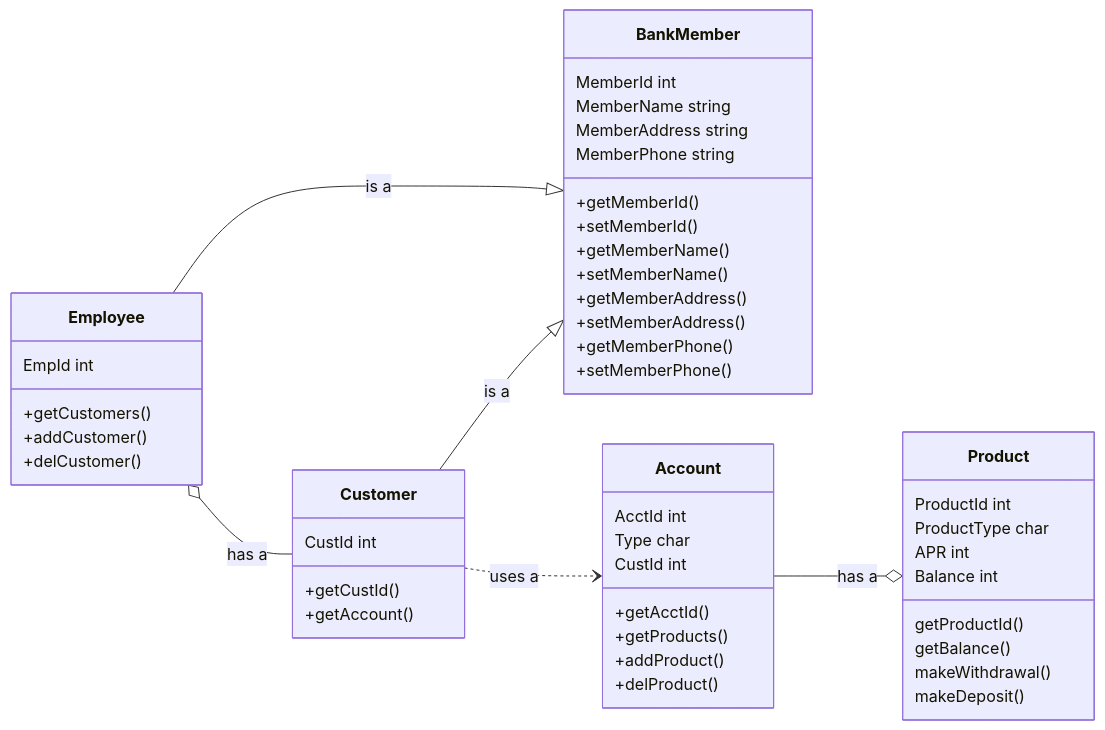
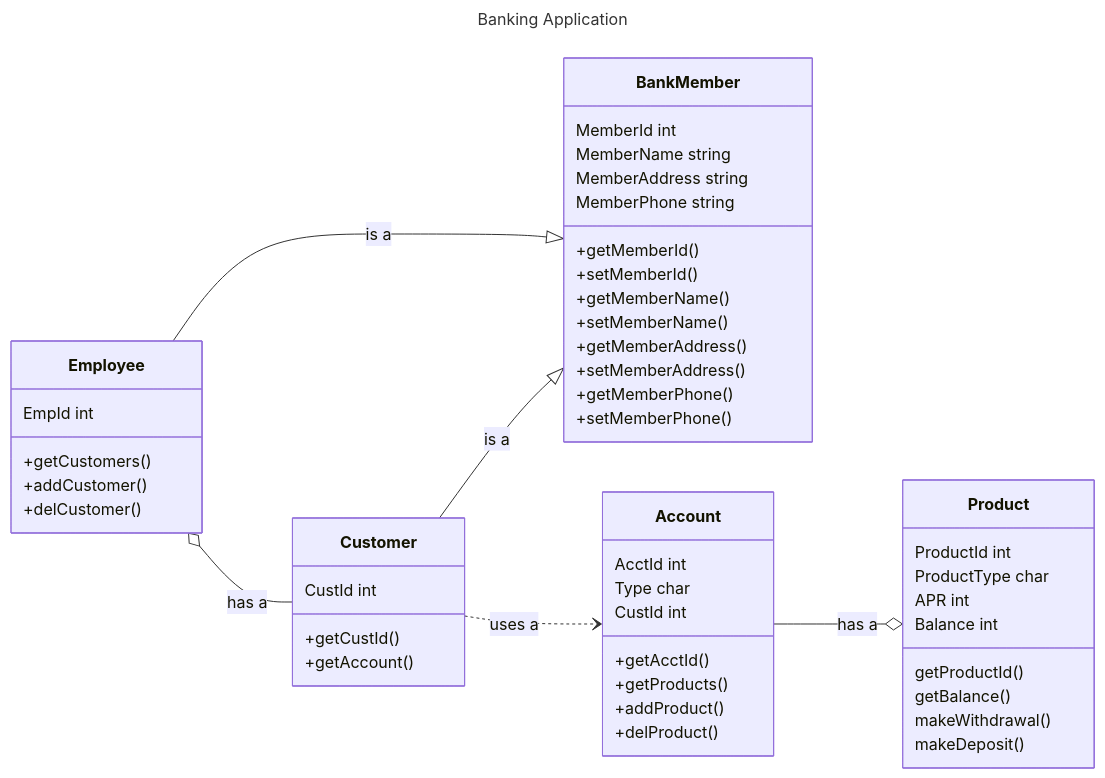
Before and after one commit to Marcus-Snell/Test: the diagram in mermaid.md, drawn with Mermaid.

````diff
--- a/mermaid.md
+++ b/mermaid.md
@@ -1,49 +1,52 @@
 ```mermaid
+---
+title: Banking Application
+---
 classDiagram
 direction LR
 BankMember
 BankMember : MemberId int
 BankMember : MemberName string
 BankMember : MemberAddress string
 BankMember : MemberPhone string
 BankMember : +getMemberId()
 BankMember : +setMemberId()
 BankMember : +getMemberName()
 BankMember : +setMemberName()
 BankMember : +getMemberAddress()
 BankMember : +setMemberAddress()
 BankMember : +getMemberPhone()
 BankMember : +setMemberPhone()
 
 Employee --|> BankMember : is a
 Employee o-- Customer : has a
 Employee : EmpId int
 Employee : +getCustomers()
 Employee : +addCustomer()
 Employee : +delCustomer()
 
 Customer --|> BankMember : is a
 Customer ..> Account : uses a
 Customer : CustId int
 Customer : +getCustId()
 Customer : +getAccount()
 
 Account --o Product : has a
 Account : AcctId int
 Account : Type char
 Account : CustId int
 Account : +getAcctId()
 Account : +getProducts()
 Account : +addProduct()
 Account : +delProduct()
 
 Product : ProductId int
 Product : ProductType char
 Product : APR int
 Product : Balance int
 Product : getProductId()
 Product : getBalance()
 Product : makeWithdrawal()
 Product : makeDeposit()
 
 ```
````
